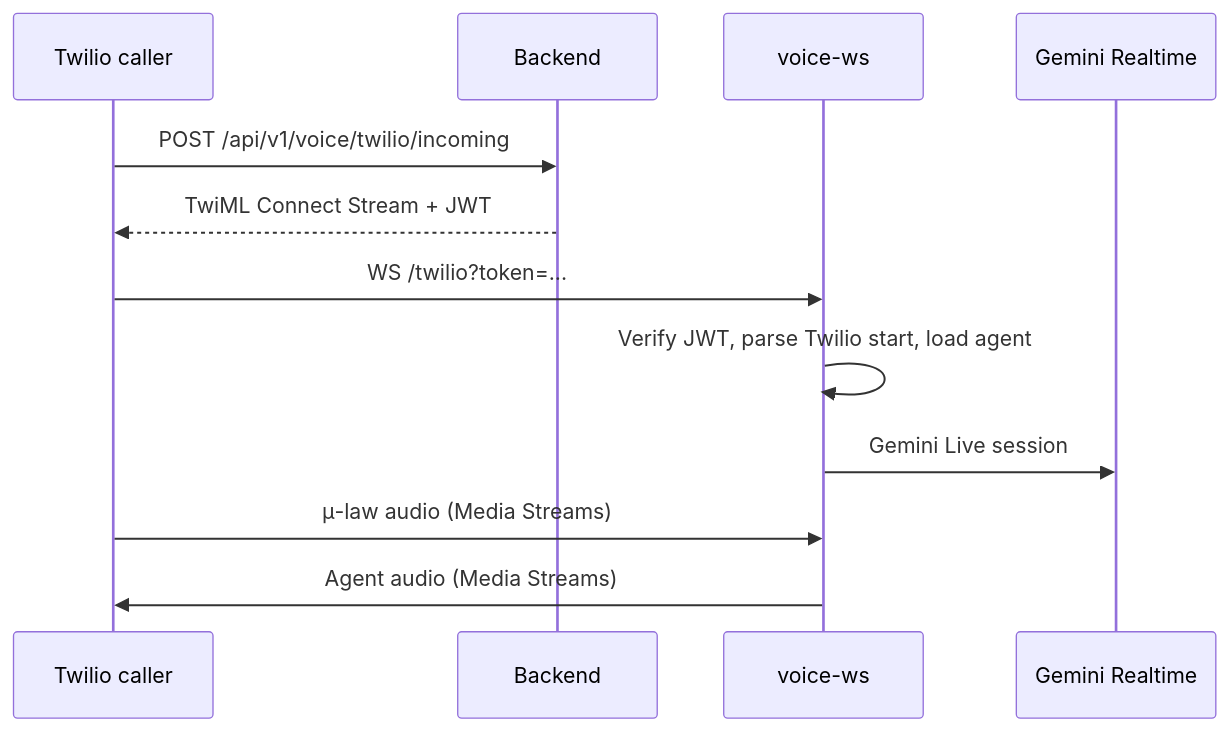
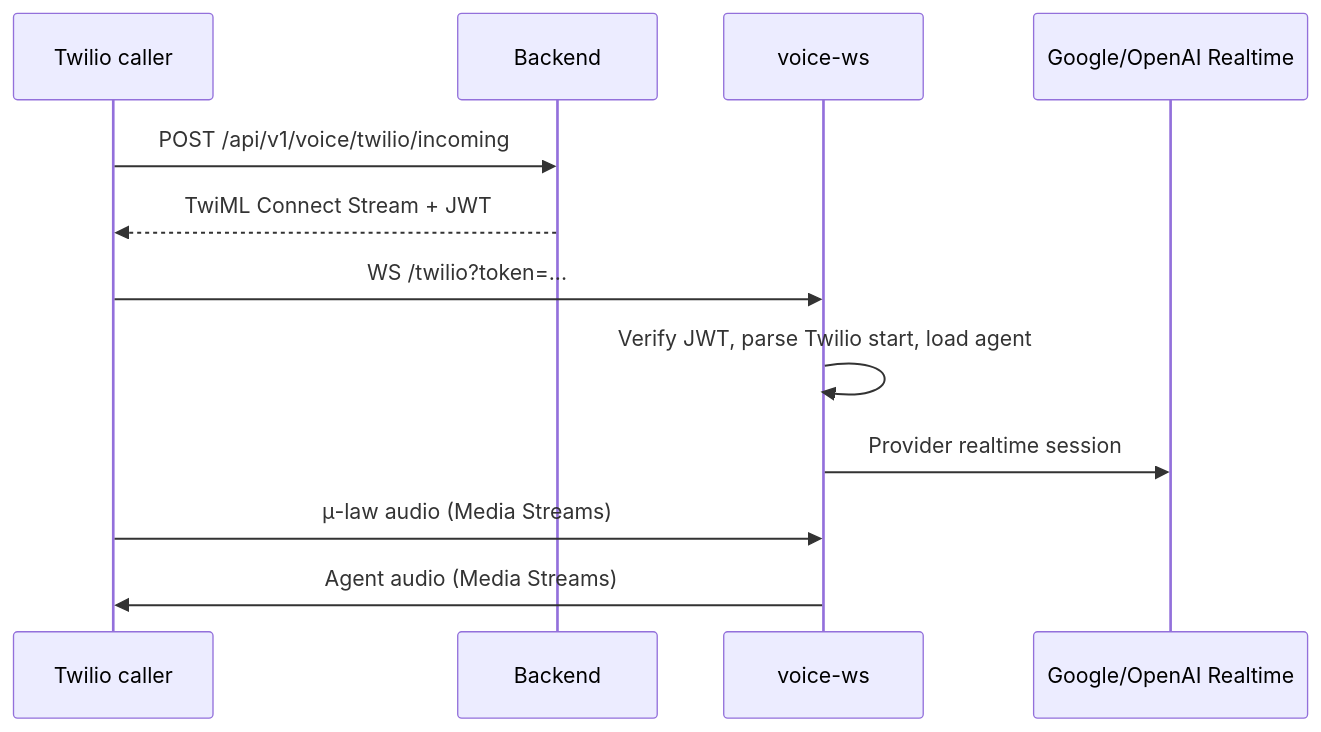
One commit to gauravdhiman/a1-voice-agent-platform changed the diagram in voice-ws/README.md. Above: the diagram before and after it, drawn with Mermaid. The commit also changed other lines of this file and 19 other files, not shown here.

Commit message:
Add OpenAI realtime voice preset support

````diff
--- a/voice-ws/README.md
+++ b/voice-ws/README.md
@@ -33,15 +33,15 @@
 ```mermaid
 sequenceDiagram
   participant Phone as Twilio caller
   participant BE as Backend
   participant WS as voice-ws
-  participant G as Gemini Realtime
+  participant G as Google/OpenAI Realtime
 
   Phone->>BE: POST /api/v1/voice/twilio/incoming
   BE-->>Phone: TwiML Connect Stream + JWT
   Phone->>WS: WS /twilio?token=...
   WS->>WS: Verify JWT, parse Twilio start, load agent
-  WS->>G: Gemini Live session
+  WS->>G: Provider realtime session
   Phone->>WS: μ-law audio (Media Streams)
   WS->>Phone: Agent audio (Media Streams)
 ```
````
